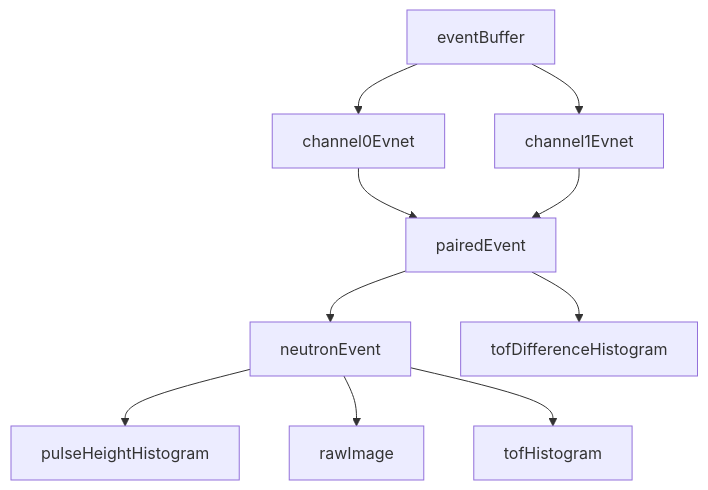
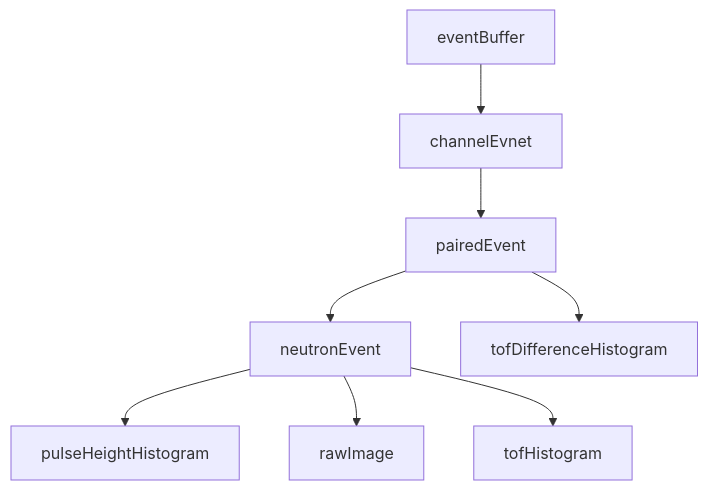
Before and after one commit to KaoruTaketani/DAQ-JS: the diagram in edr-table/README.md, drawn with Mermaid.

Commit message:
fixed readme in edr-table

````diff
--- a/edr-table/README.md
+++ b/edr-table/README.md
@@ -2,12 +2,10 @@
 ```mermaid
 graph TD;
-    eventBuffer-->channel0Evnet;
-    eventBuffer-->channel1Evnet;
-    channel0Evnet-->pairedEvent;
-    channel1Evnet-->pairedEvent;
+    eventBuffer-->channelEvnet;
+    channelEvnet-->pairedEvent;
     pairedEvent-->neutronEvent;
     pairedEvent-->tofDifferenceHistogram;
     neutronEvent-->pulseHeightHistogram;
     neutronEvent-->rawImage;
     neutronEvent-->tofHistogram;
 ```
````
